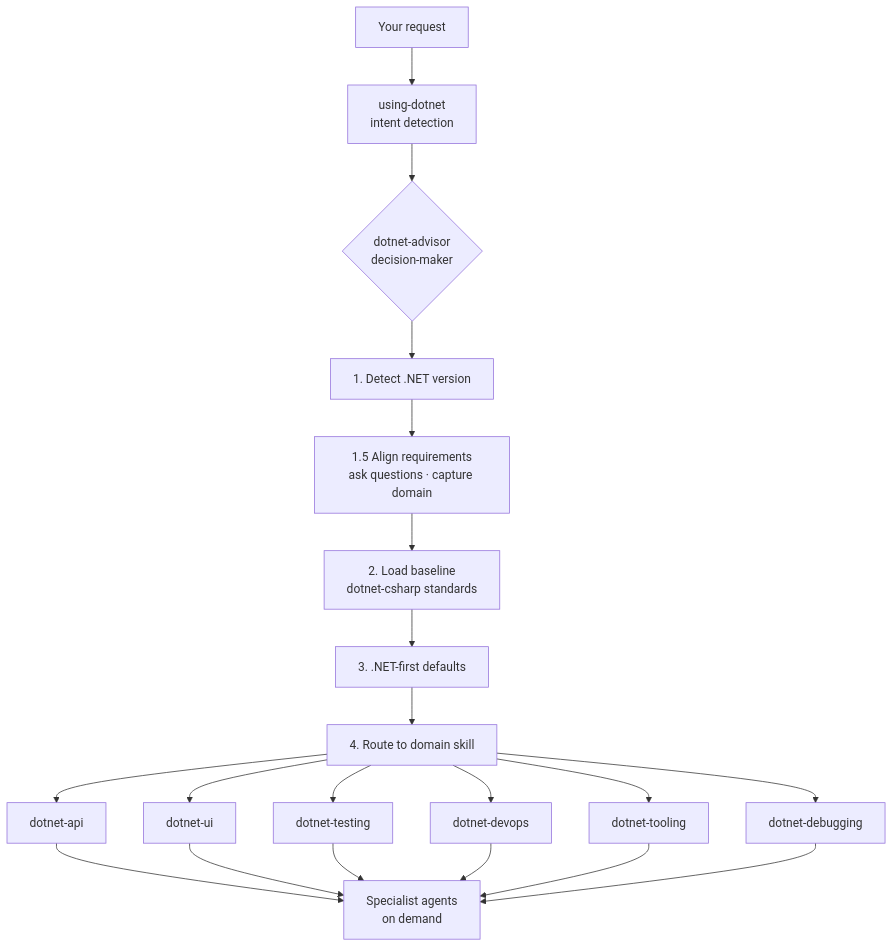
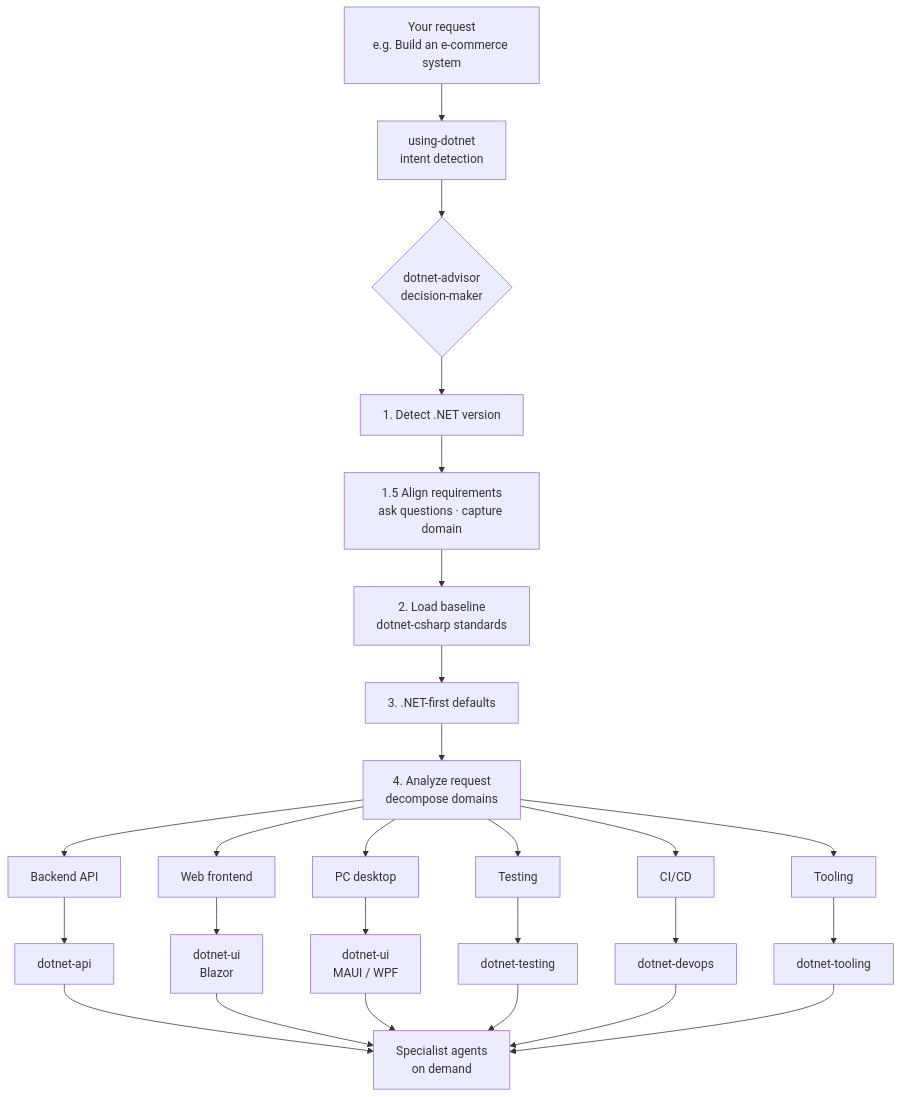
One commit to YataoFeng/dotnet-artisan changed the diagram in README.en.md. Above: the diagram before and after it, drawn with Mermaid. The commit also changed 1 other file, not shown here.

Commit message:
docs: update flowchart to show multi-domain decomposition for complex projects

````diff
--- a/README.en.md
+++ b/README.en.md
@@ -50,22 +50,28 @@
 ```mermaid
 flowchart TD
-    A[Your request] --> B[using-dotnet<br/>intent detection]
+    A[Your request<br/>e.g. Build an e-commerce system] --> B[using-dotnet<br/>intent detection]
     B --> C{dotnet-advisor<br/>decision-maker}
     C --> D[1. Detect .NET version]
     D --> E[1.5 Align requirements<br/>ask questions · capture domain]
     E --> F[2. Load baseline<br/>dotnet-csharp standards]
     F --> G[3. .NET-first defaults]
-    G --> H[4. Route to domain skill]
-    H --> I[dotnet-api]
-    H --> J[dotnet-ui]
-    H --> K[dotnet-testing]
-    H --> L[dotnet-devops]
-    H --> M[dotnet-tooling]
-    H --> N[dotnet-debugging]
-    I --> O[Specialist agents<br/>on demand]
-    J --> O
-    K --> O
-    L --> O
-    M --> O
-    N --> O
+    G --> H[4. Analyze request<br/>decompose domains]
+    H --> I1[Backend API]
+    H --> I2[Web frontend]
+    H --> I3[PC desktop]
+    H --> I4[Testing]
+    H --> I5[CI/CD]
+    H --> I6[Tooling]
+    I1 --> J1[dotnet-api]
+    I2 --> J2[dotnet-ui<br/>Blazor]
+    I3 --> J3[dotnet-ui<br/>MAUI / WPF]
+    I4 --> J4[dotnet-testing]
+    I5 --> J5[dotnet-devops]
+    I6 --> J6[dotnet-tooling]
+    J1 --> K[Specialist agents<br/>on demand]
+    J2 --> K
+    J3 --> K
+    J4 --> K
+    J5 --> K
+    J6 --> K
 ```
````
